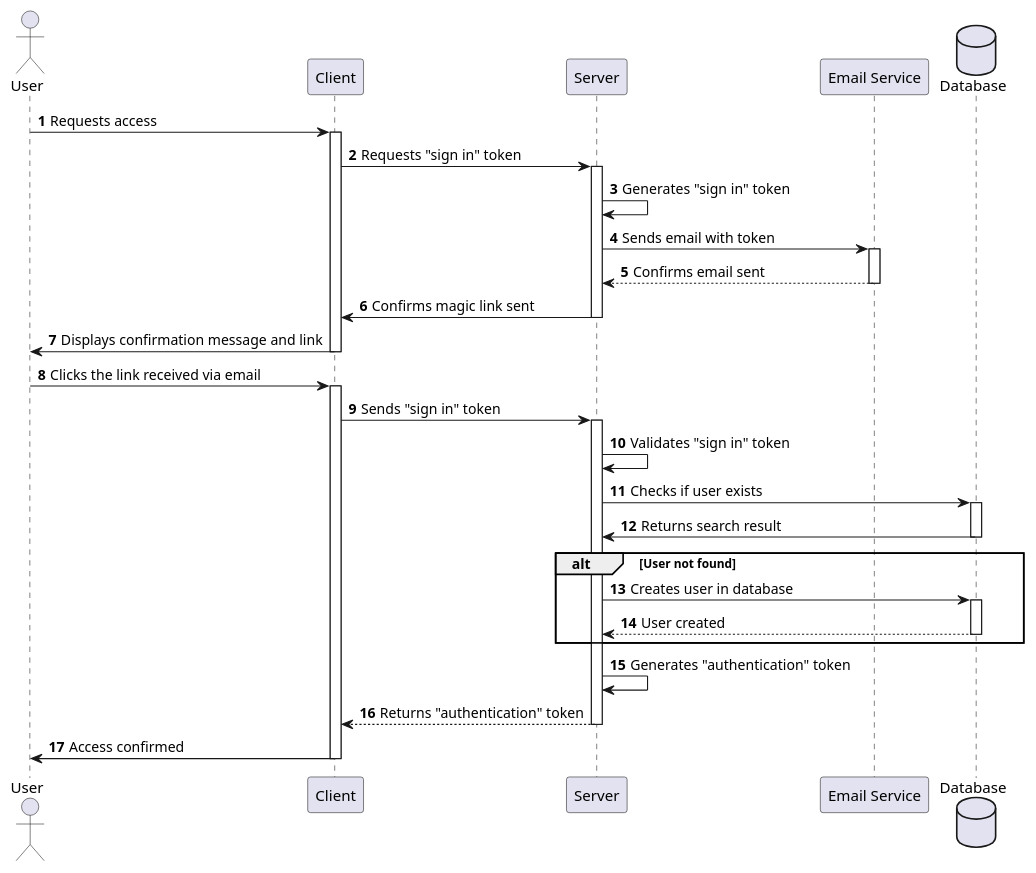
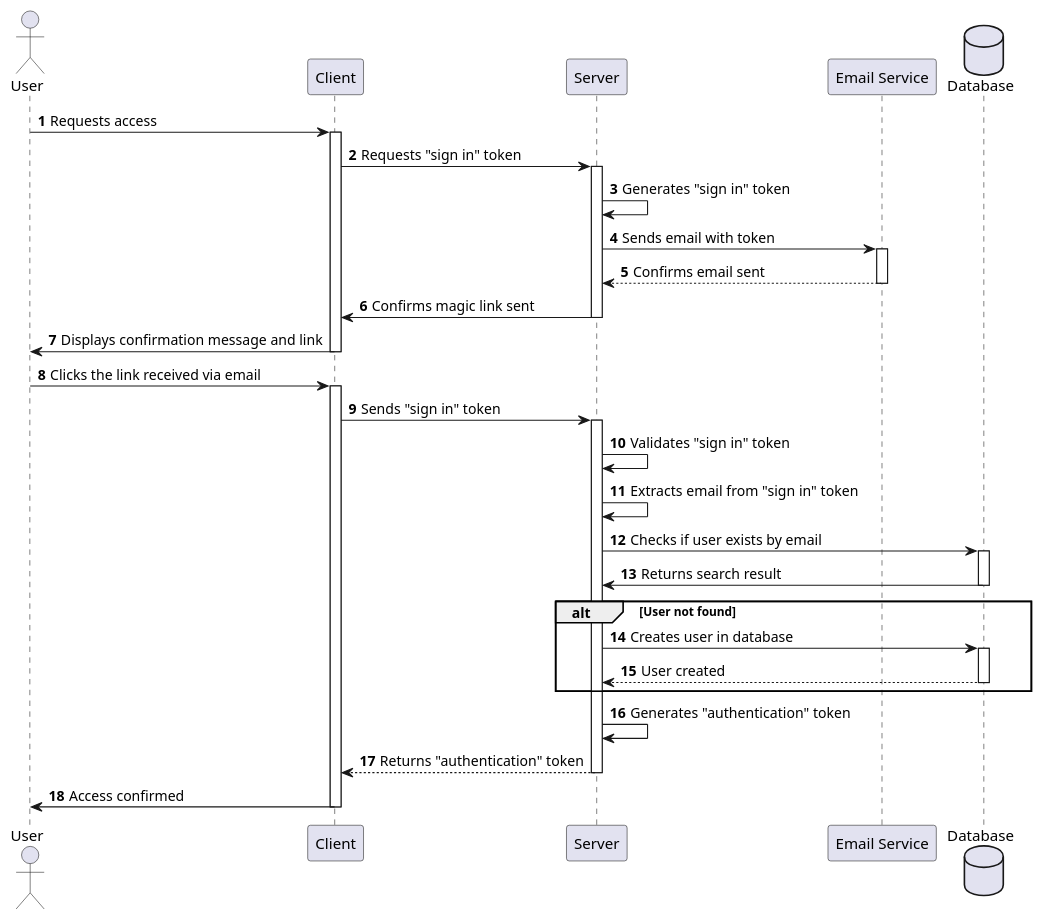
Before and after one commit to marcomoauro/magic-link-auth: the diagram in diagrams/sequence.puml, drawn with PlantUML. The commit also changed 1 other file, not shown here.

Commit message:
update sequence diagram

```diff
--- a/diagrams/sequence.puml
+++ b/diagrams/sequence.puml
@@ -1,45 +1,46 @@
 @startuml
 actor User
 participant "Client" as Client
 participant "Server" as Server
 participant "Email Service" as EmailService
 database "Database" as Database
 
 autonumber
 
 User -> Client: Requests access
 activate Client
 Client -> Server: Requests "sign in" token
 activate Server
 Server -> Server: Generates "sign in" token
 Server -> EmailService: Sends email with token
 activate EmailService
 EmailService --> Server: Confirms email sent
 deactivate EmailService
 Server -> Client: Confirms magic link sent
 deactivate Server
 Client -> User: Displays confirmation message and link
 deactivate Client
 
 User -> Client: Clicks the link received via email
 activate Client
 Client -> Server: Sends "sign in" token
 activate Server
 Server -> Server: Validates "sign in" token
-Server -> Database: Checks if user exists
+Server -> Server: Extracts email from "sign in" token
+Server -> Database: Checks if user exists by email
 activate Database
 Database -> Server: Returns search result
 deactivate Database
 alt User not found
 Server -> Database: Creates user in database
 activate Database
 Database --> Server: User created
 deactivate Database
 end
 Server -> Server: Generates "authentication" token
 Server --> Client: Returns "authentication" token
 deactivate Server
 Client -> User: Access confirmed
 deactivate Client
 
 @enduml
```
